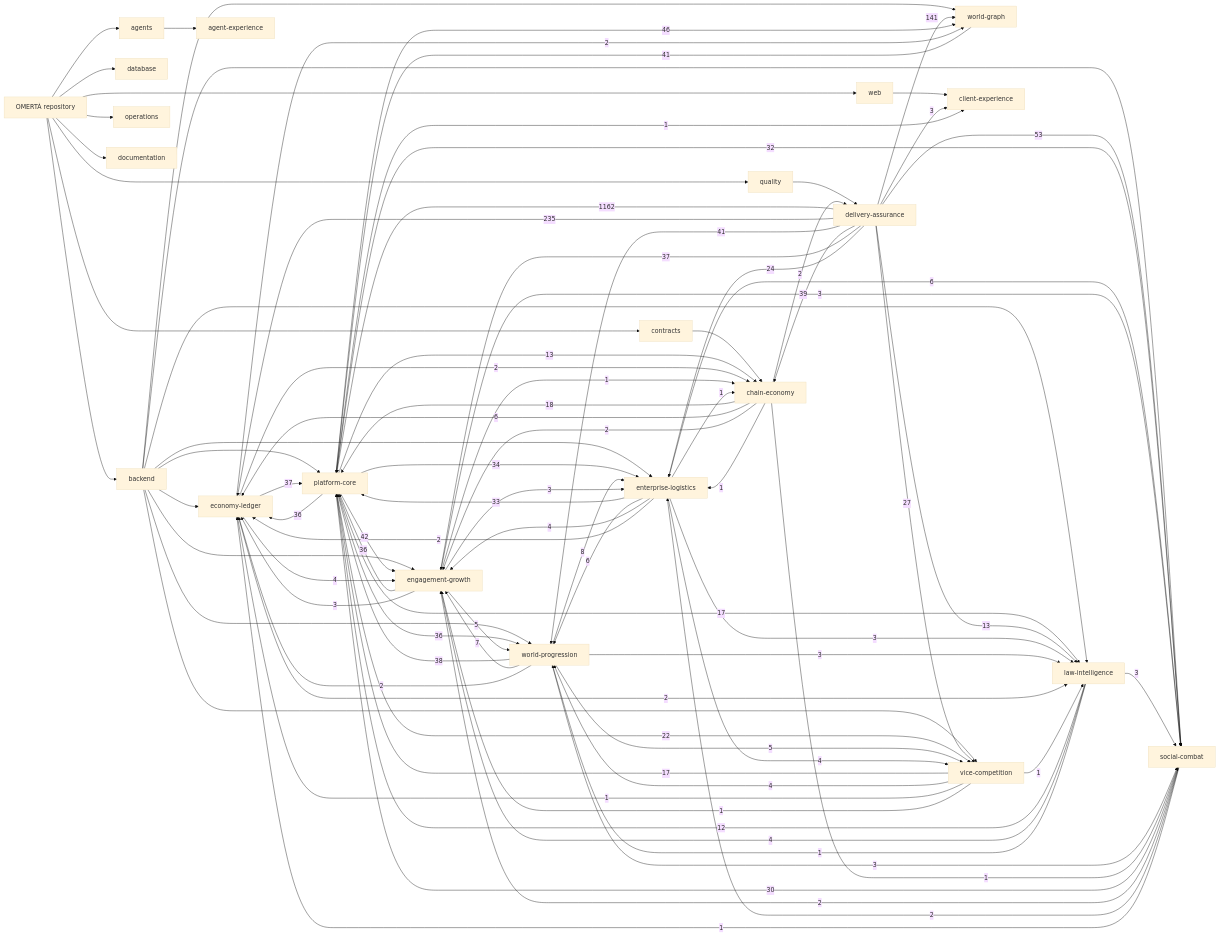
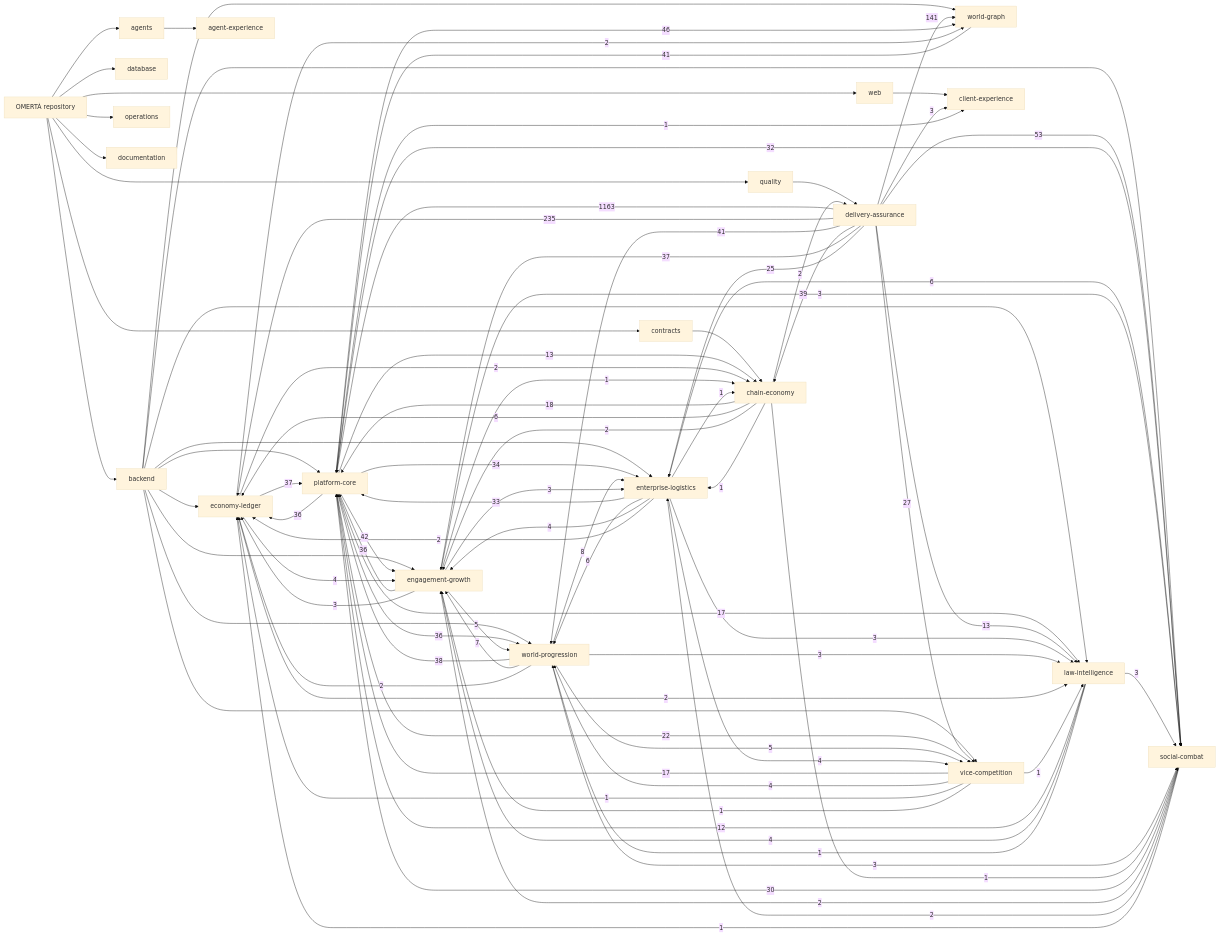
The diagram in knowledge/generated/graph.mmd (OmertaDev/Omerta), drawn with Mermaid (base theme) before and after one commit. The commit also changed 8 other files, not shown here.

```diff
--- a/knowledge/generated/graph.mmd
+++ b/knowledge/generated/graph.mmd
@@ -1,111 +1,111 @@
 flowchart LR
   repo["OMERTÀ repository"]
   sub_backend["backend"]
   repo --> sub_backend
   sub_database["database"]
   repo --> sub_database
   sub_web["web"]
   repo --> sub_web
   sub_contracts["contracts"]
   repo --> sub_contracts
   sub_agents["agents"]
   repo --> sub_agents
   sub_quality["quality"]
   repo --> sub_quality
   sub_operations["operations"]
   repo --> sub_operations
   sub_documentation["documentation"]
   repo --> sub_documentation
   dom_platform-core["platform-core"]
   dom_economy-ledger["economy-ledger"]
   dom_social-combat["social-combat"]
   dom_world-progression["world-progression"]
   dom_world-graph["world-graph"]
   dom_enterprise-logistics["enterprise-logistics"]
   dom_vice-competition["vice-competition"]
   dom_law-intelligence["law-intelligence"]
   dom_chain-economy["chain-economy"]
   dom_engagement-growth["engagement-growth"]
   dom_client-experience["client-experience"]
   dom_agent-experience["agent-experience"]
   dom_delivery-assurance["delivery-assurance"]
   sub_agents --> dom_agent-experience
   sub_backend --> dom_economy-ledger
   sub_backend --> dom_engagement-growth
   sub_backend --> dom_enterprise-logistics
   sub_backend --> dom_law-intelligence
   sub_backend --> dom_platform-core
   sub_backend --> dom_social-combat
   sub_backend --> dom_vice-competition
   sub_backend --> dom_world-graph
   sub_backend --> dom_world-progression
   sub_contracts --> dom_chain-economy
   sub_quality --> dom_delivery-assurance
   sub_web --> dom_client-experience
-  dom_delivery-assurance -->|1162| dom_platform-core
+  dom_delivery-assurance -->|1163| dom_platform-core
   dom_delivery-assurance -->|235| dom_economy-ledger
   dom_delivery-assurance -->|141| dom_world-graph
   dom_delivery-assurance -->|53| dom_social-combat
   dom_platform-core -->|46| dom_world-graph
   dom_platform-core -->|42| dom_engagement-growth
   dom_delivery-assurance -->|41| dom_world-progression
   dom_world-graph -->|41| dom_platform-core
   dom_delivery-assurance -->|39| dom_chain-economy
   dom_world-progression -->|38| dom_platform-core
   dom_delivery-assurance -->|37| dom_engagement-growth
   dom_economy-ledger -->|37| dom_platform-core
   dom_engagement-growth -->|36| dom_platform-core
   dom_platform-core -->|36| dom_economy-ledger
   dom_platform-core -->|36| dom_world-progression
   dom_platform-core -->|34| dom_enterprise-logistics
   dom_enterprise-logistics -->|33| dom_platform-core
   dom_platform-core -->|32| dom_social-combat
   dom_social-combat -->|30| dom_platform-core
   dom_delivery-assurance -->|27| dom_vice-competition
-  dom_delivery-assurance -->|24| dom_enterprise-logistics
+  dom_delivery-assurance -->|25| dom_enterprise-logistics
   dom_platform-core -->|22| dom_vice-competition
   dom_chain-economy -->|18| dom_platform-core
   dom_platform-core -->|17| dom_law-intelligence
   dom_vice-competition -->|17| dom_platform-core
   dom_delivery-assurance -->|13| dom_law-intelligence
   dom_platform-core -->|13| dom_chain-economy
   dom_law-intelligence -->|12| dom_platform-core
   dom_world-progression -->|8| dom_enterprise-logistics
   dom_world-progression -->|7| dom_engagement-growth
   dom_chain-economy -->|6| dom_economy-ledger
   dom_enterprise-logistics -->|6| dom_social-combat
   dom_enterprise-logistics -->|6| dom_world-progression
   dom_engagement-growth -->|5| dom_world-progression
   dom_world-progression -->|5| dom_vice-competition
   dom_economy-ledger -->|4| dom_engagement-growth
   dom_enterprise-logistics -->|4| dom_engagement-growth
   dom_enterprise-logistics -->|4| dom_vice-competition
   dom_law-intelligence -->|4| dom_engagement-growth
   dom_vice-competition -->|4| dom_world-progression
   dom_delivery-assurance -->|3| dom_client-experience
   dom_engagement-growth -->|3| dom_economy-ledger
   dom_engagement-growth -->|3| dom_enterprise-logistics
   dom_engagement-growth -->|3| dom_social-combat
   dom_enterprise-logistics -->|3| dom_law-intelligence
   dom_law-intelligence -->|3| dom_social-combat
   dom_world-progression -->|3| dom_law-intelligence
   dom_world-progression -->|3| dom_social-combat
   dom_chain-economy -->|2| dom_delivery-assurance
   dom_chain-economy -->|2| dom_engagement-growth
   dom_economy-ledger -->|2| dom_chain-economy
   dom_economy-ledger -->|2| dom_law-intelligence
   dom_economy-ledger -->|2| dom_world-graph
   dom_enterprise-logistics -->|2| dom_economy-ledger
   dom_social-combat -->|2| dom_engagement-growth
   dom_social-combat -->|2| dom_enterprise-logistics
   dom_world-progression -->|2| dom_economy-ledger
   dom_chain-economy -->|1| dom_enterprise-logistics
   dom_chain-economy -->|1| dom_social-combat
   dom_engagement-growth -->|1| dom_chain-economy
   dom_enterprise-logistics -->|1| dom_chain-economy
   dom_law-intelligence -->|1| dom_world-progression
   dom_platform-core -->|1| dom_client-experience
   dom_social-combat -->|1| dom_economy-ledger
   dom_vice-competition -->|1| dom_economy-ledger
   dom_vice-competition -->|1| dom_engagement-growth
   dom_vice-competition -->|1| dom_law-intelligence
```
